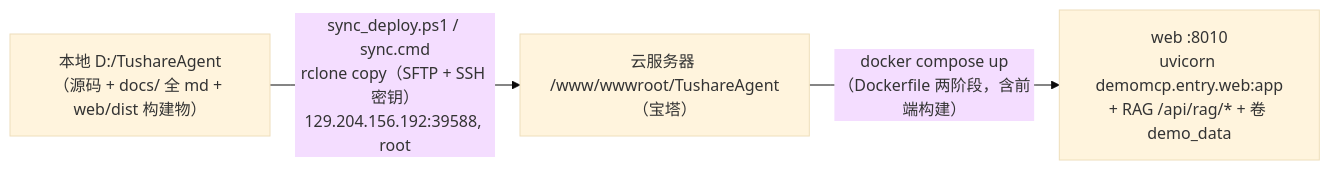
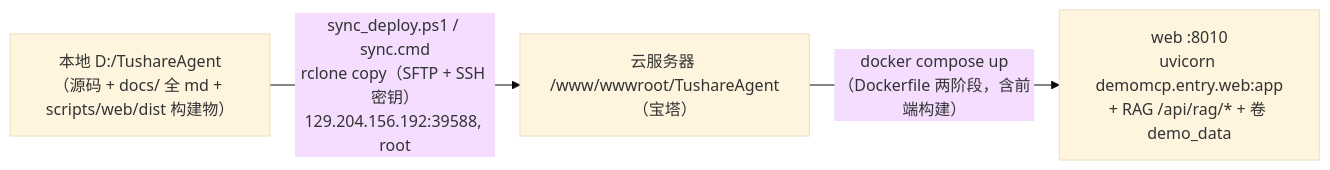
The diagram in docs/UPLOAD_GUIDE.md (qiye-star/TushareAgent), drawn with Mermaid (base theme) before and after one commit. The commit also changed other lines of this file and 52 other files, not shown here.

First line of the commit message:
feat: 前端迁移至 scripts/web + 对话日志/引用/思考流/异常处理修复

````diff
--- a/docs/UPLOAD_GUIDE.md
+++ b/docs/UPLOAD_GUIDE.md
@@ -42,5 +42,5 @@
 ```mermaid
 flowchart LR
-    L["本地 D:/TushareAgent<br/>（源码 + docs/ 全 md + web/dist 构建物）"] -->|"sync_deploy.ps1 / sync.cmd<br/>rclone copy（SFTP + SSH 密钥）<br/>129.204.156.192:39588, root"| R["云服务器 /www/wwwroot/TushareAgent<br/>（宝塔）"]
+    L["本地 D:/TushareAgent<br/>（源码 + docs/ 全 md + scripts/web/dist 构建物）"] -->|"sync_deploy.ps1 / sync.cmd<br/>rclone copy（SFTP + SSH 密钥）<br/>129.204.156.192:39588, root"| R["云服务器 /www/wwwroot/TushareAgent<br/>（宝塔）"]
     R -->|"docker compose up<br/>（Dockerfile 两阶段，含前端构建）"| W["web :8010<br/>uvicorn demomcp.entry.web:app<br/>+ RAG /api/rag/* + 卷 demo_data"]
 ```
````
